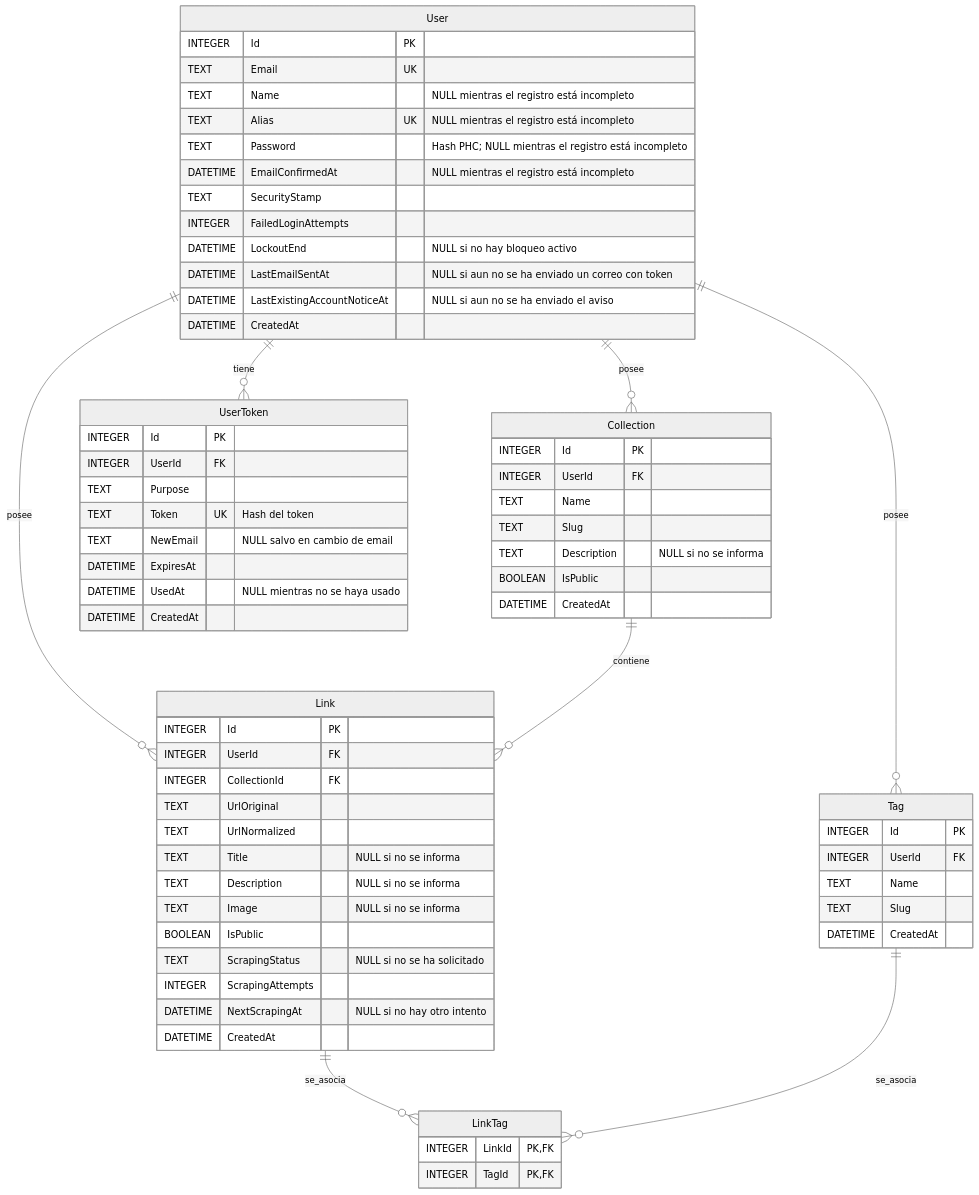
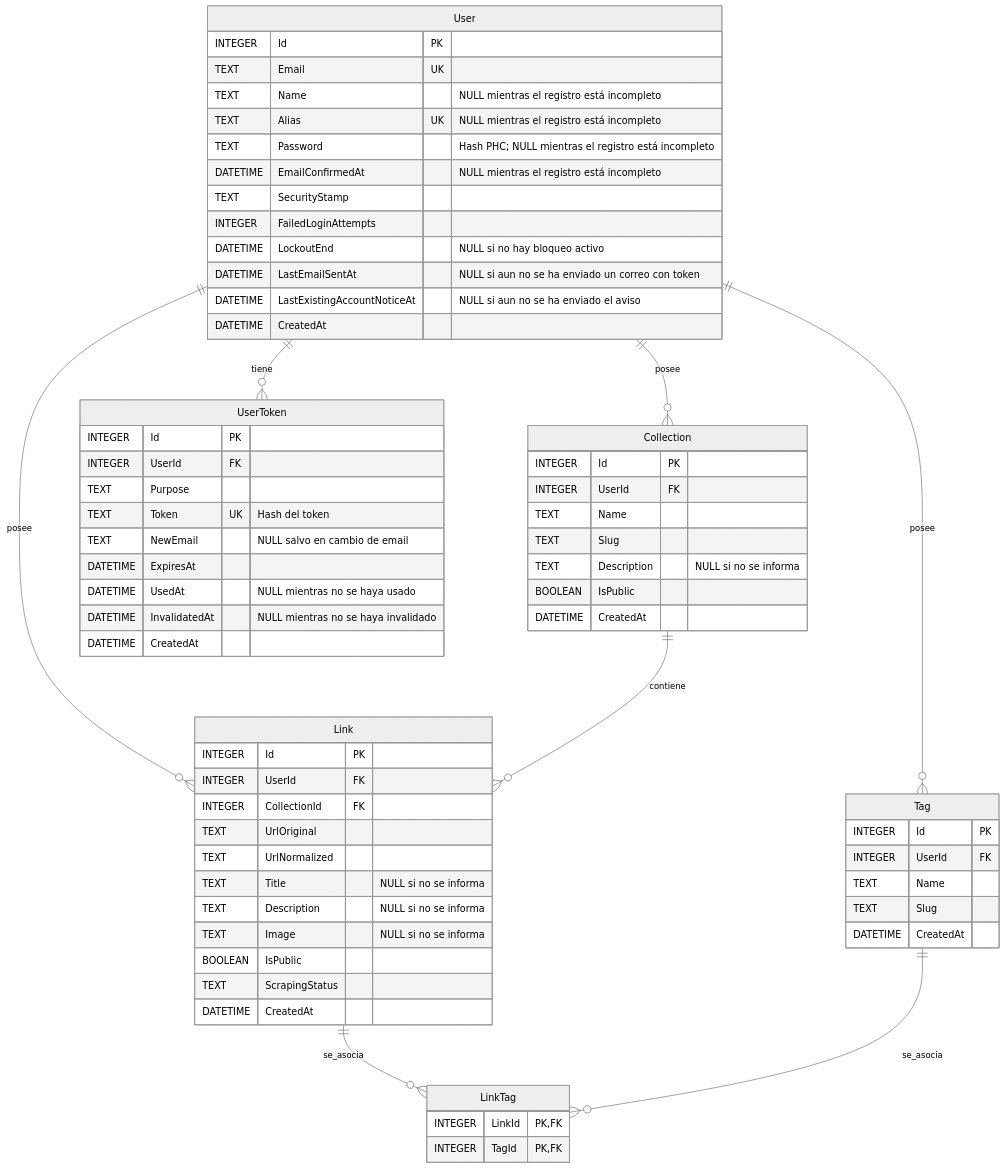
Before and after one commit to DaveSoftDev/Linkubator: the diagram in context/diagrams/er-diagram.md, drawn with Mermaid (neutral theme). The commit also changed other lines of this file and 29 other files, not shown here.

````diff
--- a/context/diagrams/er-diagram.md
+++ b/context/diagrams/er-diagram.md
@@ -7,75 +7,74 @@
 ```mermaid
 erDiagram
     User {
         INTEGER Id PK
         TEXT Email UK
         TEXT Name "NULL mientras el registro está incompleto"
         TEXT Alias UK "NULL mientras el registro está incompleto"
         TEXT Password "Hash PHC; NULL mientras el registro está incompleto"
         DATETIME EmailConfirmedAt "NULL mientras el registro está incompleto"
         TEXT SecurityStamp
         INTEGER FailedLoginAttempts
         DATETIME LockoutEnd "NULL si no hay bloqueo activo"
         DATETIME LastEmailSentAt "NULL si aun no se ha enviado un correo con token"
         DATETIME LastExistingAccountNoticeAt "NULL si aun no se ha enviado el aviso"
         DATETIME CreatedAt
     }
 
     Collection {
         INTEGER Id PK
         INTEGER UserId FK
         TEXT Name
         TEXT Slug
         TEXT Description "NULL si no se informa"
         BOOLEAN IsPublic
         DATETIME CreatedAt
     }
 
     Link {
         INTEGER Id PK
         INTEGER UserId FK
         INTEGER CollectionId FK
         TEXT UrlOriginal
         TEXT UrlNormalized
         TEXT Title "NULL si no se informa"
         TEXT Description "NULL si no se informa"
         TEXT Image "NULL si no se informa"
         BOOLEAN IsPublic
-        TEXT ScrapingStatus "NULL si no se ha solicitado"
-        INTEGER ScrapingAttempts
-        DATETIME NextScrapingAt "NULL si no hay otro intento"
+        TEXT ScrapingStatus
         DATETIME CreatedAt
     }
 
     Tag {
         INTEGER Id PK
         INTEGER UserId FK
         TEXT Name
         TEXT Slug
         DATETIME CreatedAt
     }
 
     LinkTag {
         INTEGER LinkId PK, FK
         INTEGER TagId PK, FK
     }
 
     UserToken {
         INTEGER Id PK
         INTEGER UserId FK
         TEXT Purpose
         TEXT Token UK "Hash del token"
         TEXT NewEmail "NULL salvo en cambio de email"
         DATETIME ExpiresAt
         DATETIME UsedAt "NULL mientras no se haya usado"
+        DATETIME InvalidatedAt "NULL mientras no se haya invalidado"
         DATETIME CreatedAt
     }
 
     User ||--o{ Collection : posee
     User ||--o{ Link : posee
     User ||--o{ Tag : posee
     User ||--o{ UserToken : tiene
     Collection ||--o{ Link : contiene
     Link ||--o{ LinkTag : se_asocia
     Tag ||--o{ LinkTag : se_asocia
 ```
````
